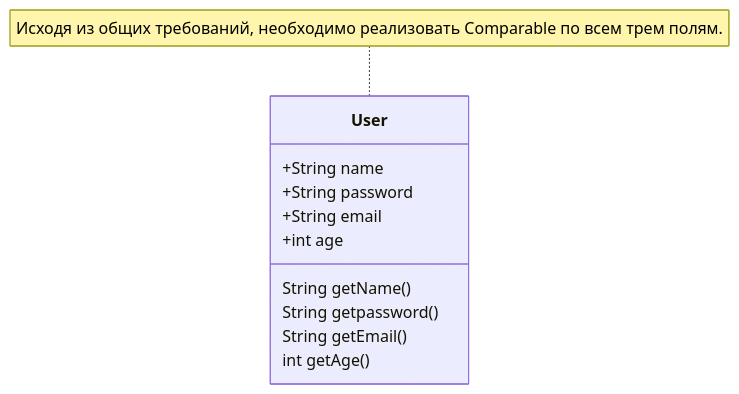
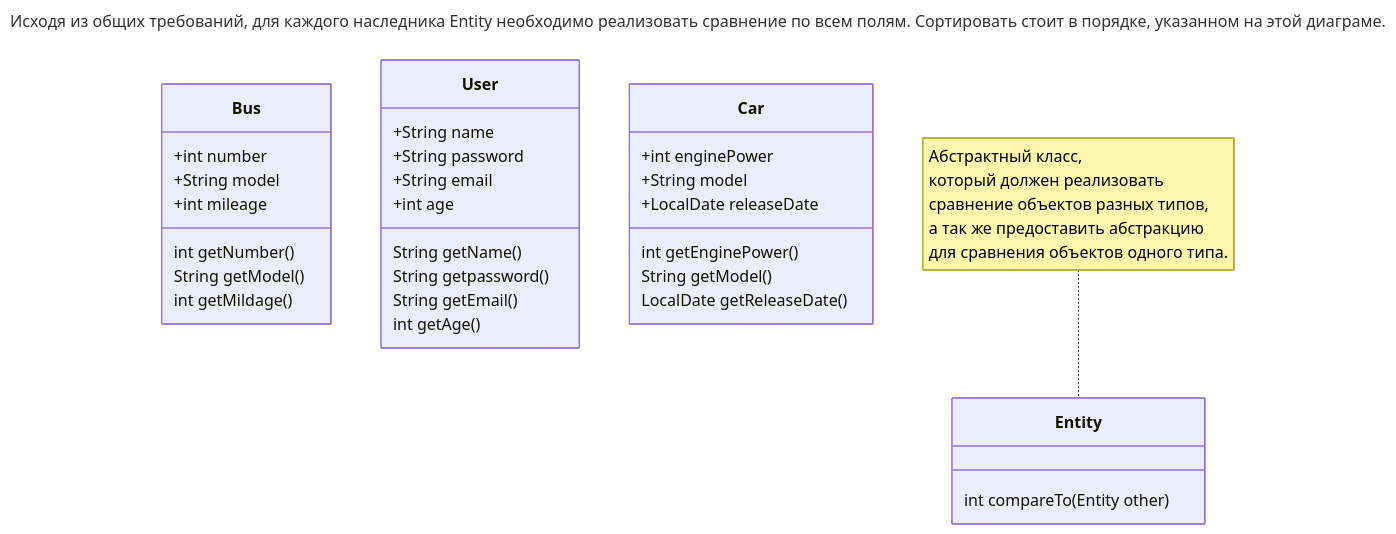
Before and after one commit to ColAshN65/FirstTeamProject: the fifth of 7 diagrams in README.md, drawn with Mermaid. The commit also changed other lines of this file, not shown here.

````diff
--- a/README.md
+++ b/README.md
@@ -106,16 +106,51 @@
 ```mermaid
+---
+title: Исходя из общих требований, 
+  для каждого наследника Entity необходимо реализовать
+  сравнение по всем полям. 
+  Сортировать стоит в порядке, указанном на этой диаграме.
+---
 classDiagram
-  note for User "Исходя из общих требований, необходимо реализовать Comparable по всем трем полям."
+
+  note for Entity "Абстрактный класс, 
+  который должен реализовать 
+  сравнение объектов разных типов,
+   а так же предоставить абстракцию
+    для сравнения объектов одного типа."
+
+  class Entity {
+    int compareTo(Entity other)
+  }
+
+  class Bus {
+    +int number
+    +String model
+    +int mileage
+
+    int getNumber()
+    String getModel()
+    int getMildage()
+  }
 
   class User {
     +String name
     +String password
     +String email
     +int age
 
     String getName()
     String getpassword()
     String getEmail()
     int getAge()
   }
+
+  class Car{
+    +int enginePower
+    +String model
+    +LocalDate releaseDate
+
+    int getEnginePower()
+    String getModel()
+    LocalDate getReleaseDate()
+  }
 ```
````
